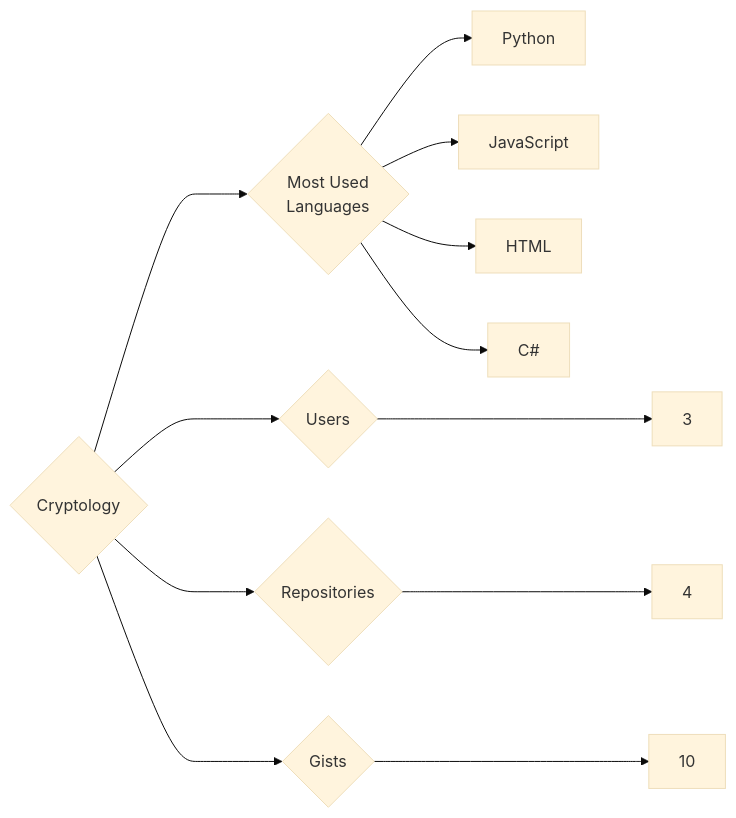
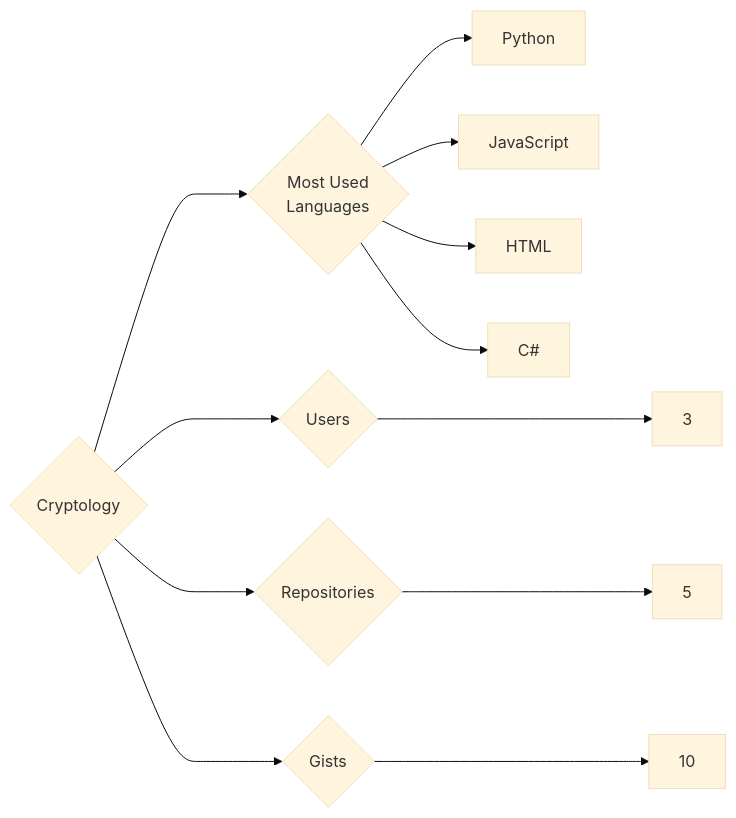
One commit to trickest/insiders changed the diagram in targets/Cryptology/README.md. Above: the diagram before and after it, drawn with Mermaid (base theme). The commit also changed 997 other files, not shown here.

````diff
--- a/targets/Cryptology/README.md
+++ b/targets/Cryptology/README.md
@@ -3,12 +3,12 @@
 ```mermaid
 graph LR
 COMPANY_NAME{Cryptology}
 COMPANY_NAME ---> U{Users} ---> UN[3]
-COMPANY_NAME ---> R{Repositories} ---> RN[4]
+COMPANY_NAME ---> R{Repositories} ---> RN[5]
 COMPANY_NAME ---> G{Gists} ---> GN[10]
 COMPANY_NAME ---> ML{Most Used<br>Languages}
 ML --> Python[Python]
 ML --> JavaScript[JavaScript]
 ML --> HTML[HTML]
 ML --> C#[C#]
 ```
````
